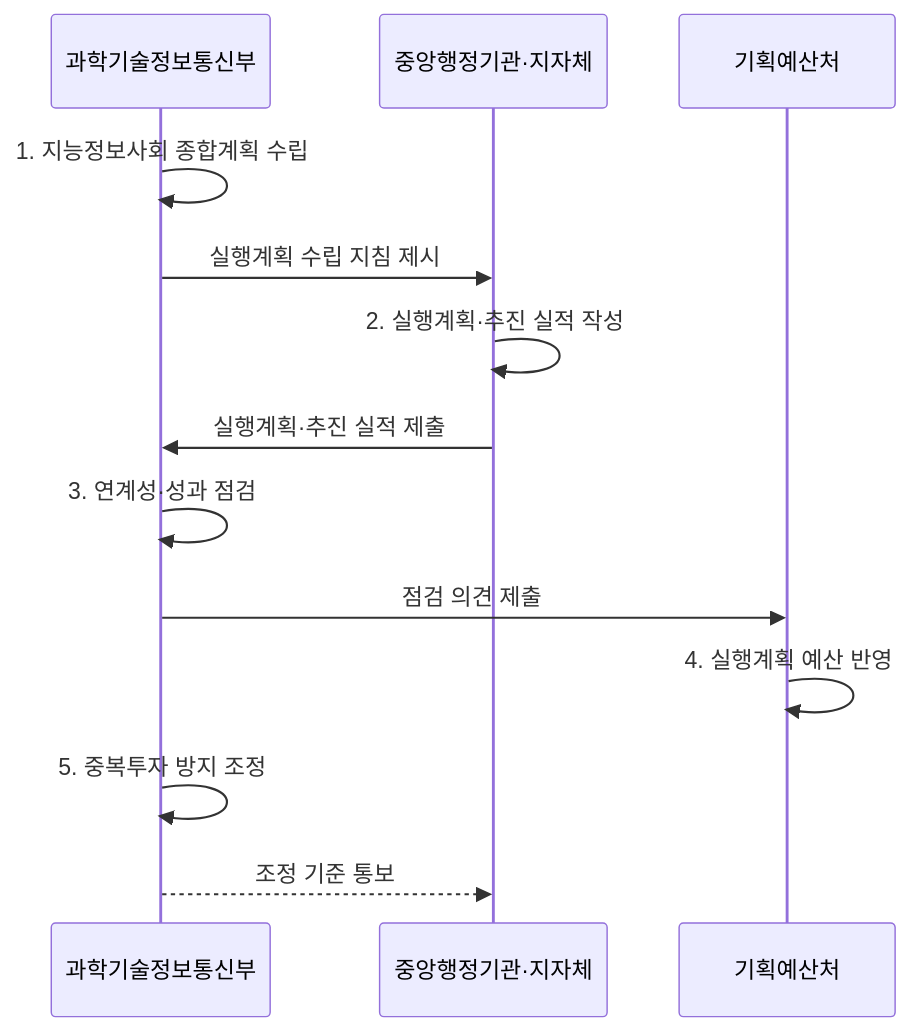
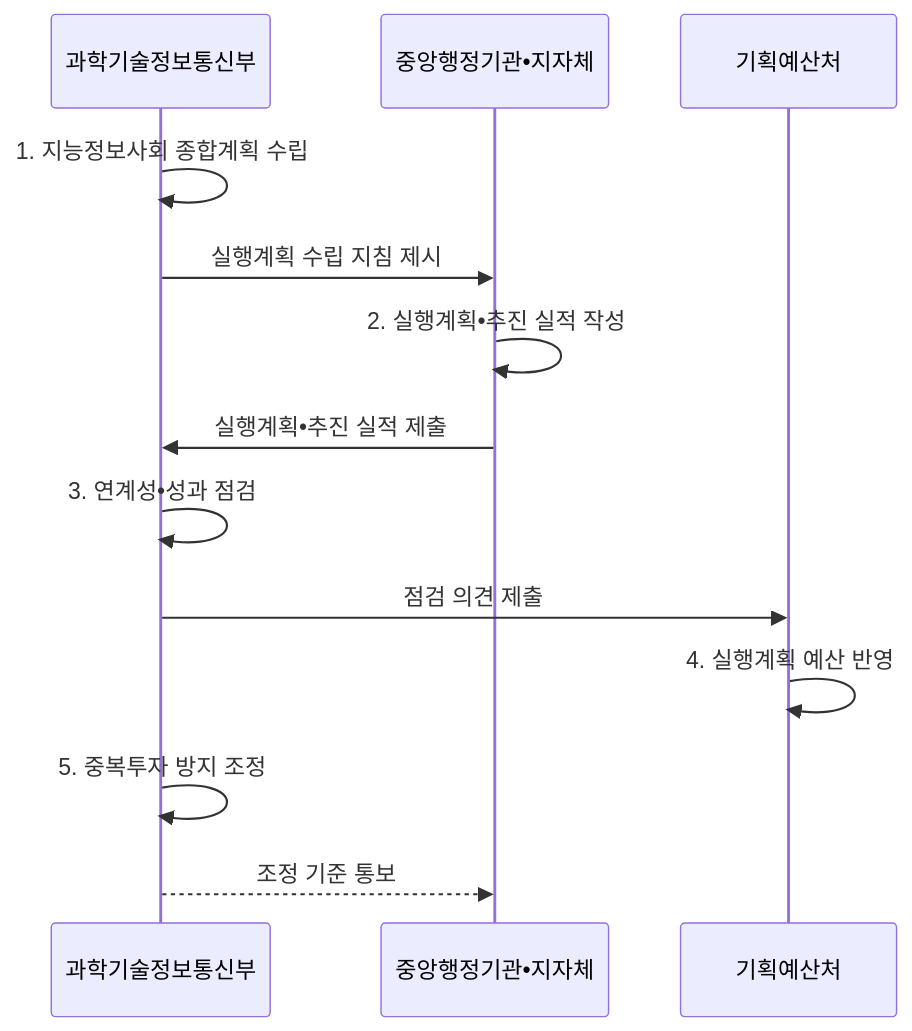
The second of 2 diagrams in src/content/docs/notes/07-law-policy/021_intelligent_informatization_basic_act.md (agnusdei1207/knowledge-base), drawn with Mermaid before and after one commit. The commit also changed other lines of this file and 953 other files, not shown here.

````diff
--- a/src/content/docs/notes/07-law-policy/021_intelligent_informatization_basic_act.md
+++ b/src/content/docs/notes/07-law-policy/021_intelligent_informatization_basic_act.md
@@ -105,15 +105,15 @@
 ```mermaid
 sequenceDiagram
     participant G as 과학기술정보통신부
-    participant A as 중앙행정기관·지자체
+    participant A as 중앙행정기관•지자체
     participant B as 기획예산처
     G->>G: 1. 지능정보사회 종합계획 수립
     G->>A: 실행계획 수립 지침 제시
-    A->>A: 2. 실행계획·추진 실적 작성
-    A->>G: 실행계획·추진 실적 제출
-    G->>G: 3. 연계성·성과 점검
+    A->>A: 2. 실행계획•추진 실적 작성
+    A->>G: 실행계획•추진 실적 제출
+    G->>G: 3. 연계성•성과 점검
     G->>B: 점검 의견 제출
     B->>B: 4. 실행계획 예산 반영
     G->>G: 5. 중복투자 방지 조정
     G-->>A: 조정 기준 통보
 ```
````
